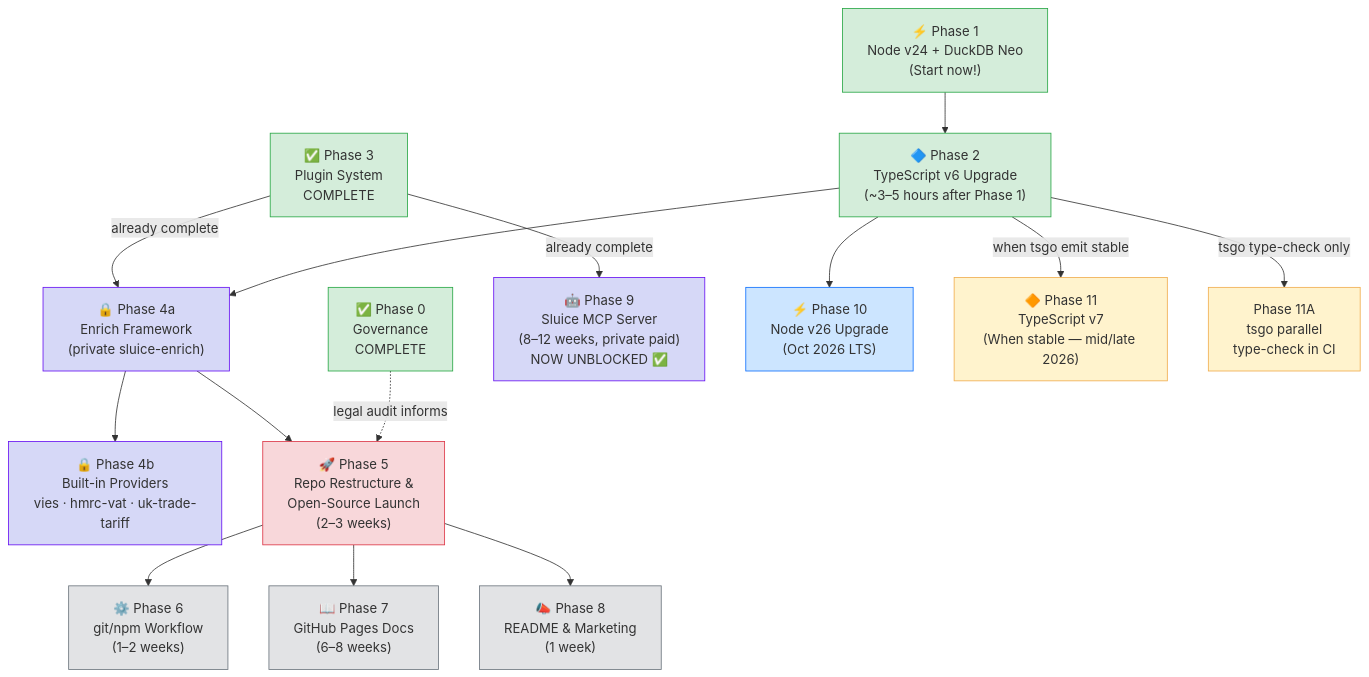
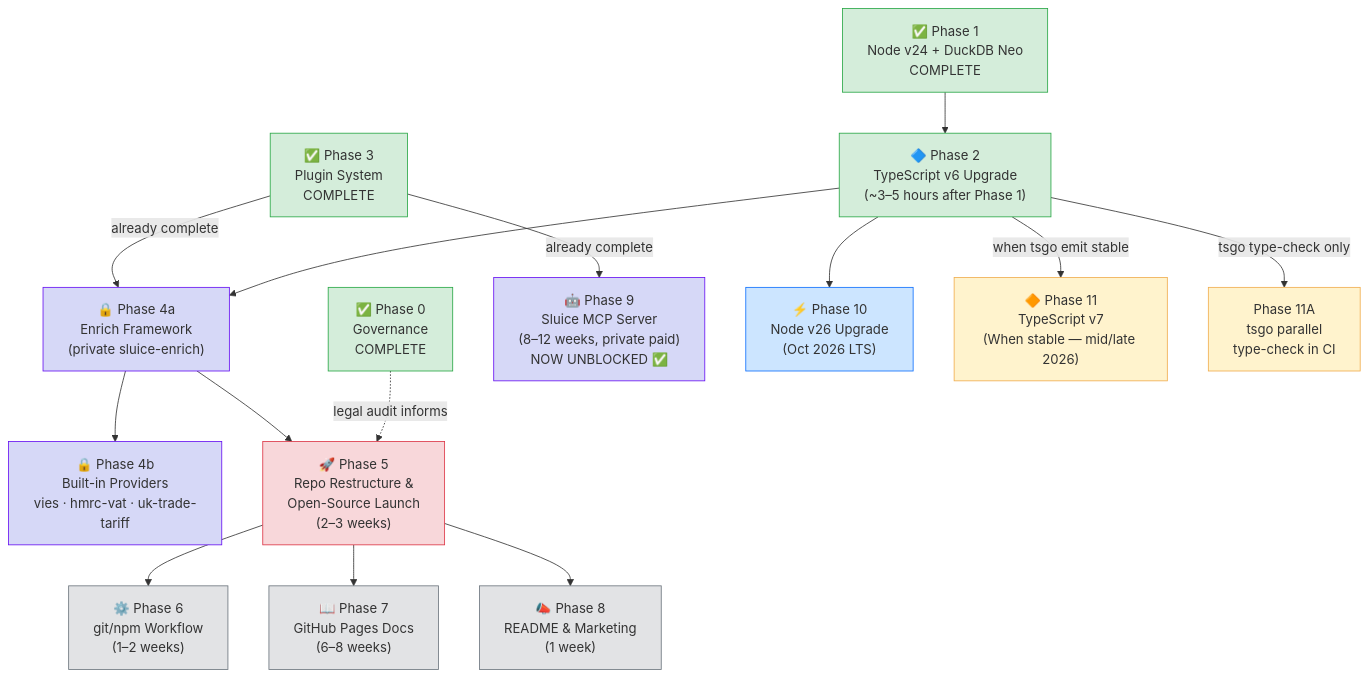
Before and after one commit to caracal-lynx/sluice: the second of 8 diagrams in docs/SLUICE-IMPLEMENTATION-PLAN.md, drawn with Mermaid. The commit also changed other lines of this file, not shown here.

First line of the commit message:
[docs/post-node24-status] - 📝 Mark Phase 1 (Node 24 + DuckDB Neo) complete in implementation plan (#9)

````diff
--- a/docs/SLUICE-IMPLEMENTATION-PLAN.md
+++ b/docs/SLUICE-IMPLEMENTATION-PLAN.md
@@ -137,45 +137,45 @@
 ```mermaid
 flowchart TD
     P0["✅ Phase 0\nGovernance\nCOMPLETE"]
-    P1["⚡ Phase 1\nNode v24 + DuckDB Neo\n(Start now!)"]
+    P1["✅ Phase 1\nNode v24 + DuckDB Neo\nCOMPLETE"]
     P2["🔷 Phase 2\nTypeScript v6 Upgrade\n(~3–5 hours after Phase 1)"]
     P3["✅ Phase 3\nPlugin System\nCOMPLETE"]
     P4A["🔒 Phase 4a\nEnrich Framework\n(private sluice-enrich)"]
     P4B["🔒 Phase 4b\nBuilt-in Providers\nvies · hmrc-vat · uk-trade-tariff"]
     P5["🚀 Phase 5\nRepo Restructure &\nOpen-Source Launch\n(2–3 weeks)"]
     P6["⚙️ Phase 6\ngit/npm Workflow\n(1–2 weeks)"]
     P7["📖 Phase 7\nGitHub Pages Docs\n(6–8 weeks)"]
     P8["📣 Phase 8\nREADME & Marketing\n(1 week)"]
     P9["🤖 Phase 9\nSluice MCP Server\n(8–12 weeks, private paid)\nNOW UNBLOCKED ✅"]
     P10["⚡ Phase 10\nNode v26 Upgrade\n(Oct 2026 LTS)"]
     P11["🔶 Phase 11\nTypeScript v7\n(When stable — mid/late 2026)"]
 
     P0 -.->|legal audit informs| P5
     P1 --> P2
     P2 -->|tsgo type-check only| P11A["Phase 11A\ntsgo parallel\ntype-check in CI"]
     P2 --> P4A
     P3 -->|already complete| P4A
     P3 -->|already complete| P9
     P4A --> P4B
     P4A --> P5
     P5 --> P6
     P5 --> P7
     P5 --> P8
     P2 --> P10
     P2 -->|when tsgo emit stable| P11
 
     style P0 fill:#d4edda,stroke:#28a745
     style P1 fill:#d4edda,stroke:#28a745
     style P2 fill:#d4edda,stroke:#28a745
     style P3 fill:#d4edda,stroke:#28a745
     style P4A fill:#d6d8f7,stroke:#6610f2
     style P4B fill:#d6d8f7,stroke:#6610f2
     style P5 fill:#f8d7da,stroke:#dc3545
     style P6 fill:#e2e3e5,stroke:#6c757d
     style P7 fill:#e2e3e5,stroke:#6c757d
     style P8 fill:#e2e3e5,stroke:#6c757d
     style P9 fill:#d6d8f7,stroke:#6610f2
     style P10 fill:#cce5ff,stroke:#0d6efd
     style P11 fill:#fff3cd,stroke:#f0ad4e
     style P11A fill:#fff3cd,stroke:#f0ad4e
 ```
````
